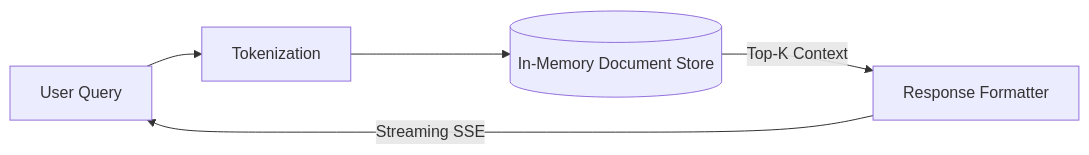
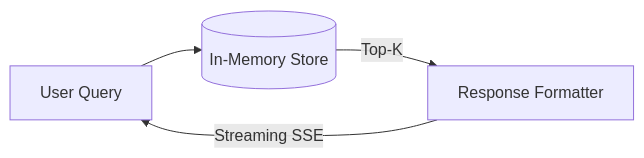
The diagram in README.md (dev4aibots/enterprise-rag-engine), drawn with Mermaid before and after one commit. The commit also changed other lines of this file, not shown here.

````diff
--- a/README.md
+++ b/README.md
@@ -16,7 +45,6 @@
 ```mermaid
 flowchart LR
-    A[User Query] --> B[Tokenization]
-    B --> C[(In-Memory Document Store)]
-    C -->|Top-K Context| D[Response Formatter]
-    D -->|Streaming SSE| A
+    A[User Query] --> B[(In-Memory Store)]
+    B -->|Top-K| C[Response Formatter]
+    C -->|Streaming SSE| A
 ```
````
